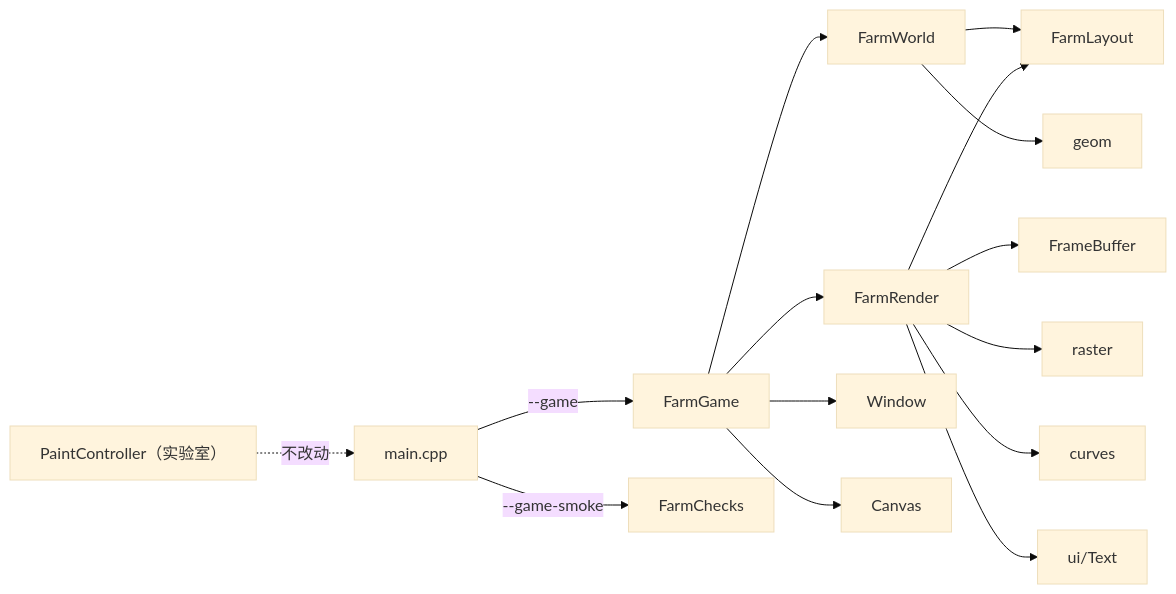
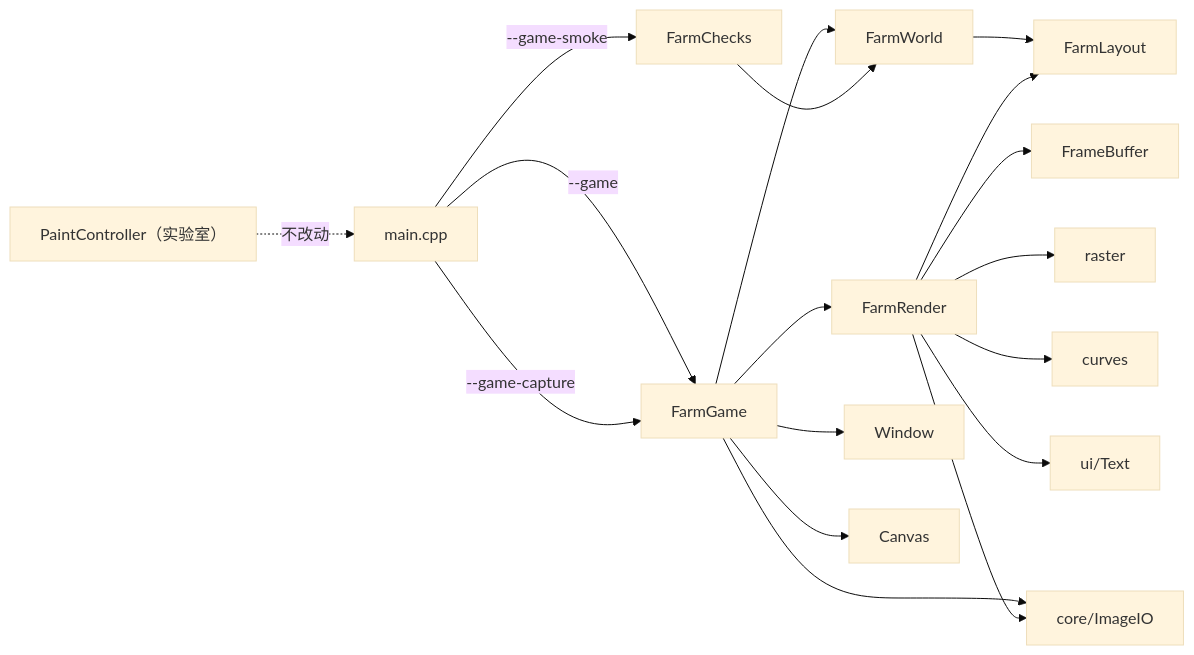
Before and after one commit to zmdld11/SHU-Computer-Graphics: the fourth of 4 diagrams in docs/期末项目-奶龙农场.md, drawn with Mermaid (base theme). The commit also changed other lines of this file and 20 other files, not shown here.

First line of the commit message:
feat(game): 俯视地图、格点移动与镜头 M1 (#64)

````diff
--- a/docs/期末项目-奶龙农场.md
+++ b/docs/期末项目-奶龙农场.md
@@ -401,17 +424,20 @@
 ```mermaid
 flowchart LR
     Main["main.cpp"] -->|--game| Game["FarmGame"]
+    Main -->|--game-capture| Game
     Main -->|--game-smoke| Checks["FarmChecks"]
     Game --> World["FarmWorld"]
     Game --> Render["FarmRender"]
     Game --> Window["Window"]
     Game --> Canvas["Canvas"]
+    Game --> IO["core/ImageIO"]
     World --> Layout["FarmLayout"]
     Render --> Layout
     Render --> FB["FrameBuffer"]
     Render --> Raster["raster"]
     Render --> Curves["curves"]
     Render --> Text["ui/Text"]
-    World --> Geom["geom"]
+    Render --> IO
+    Checks --> World
     Editor["PaintController（实验室）"] -.->|不改动| Main
 ```
````
